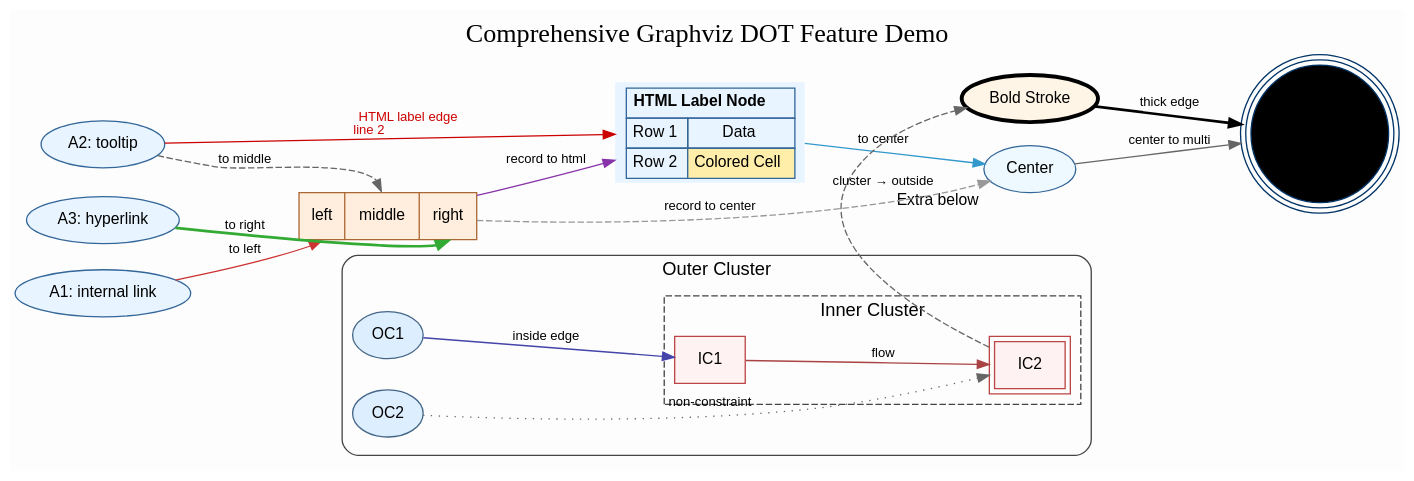
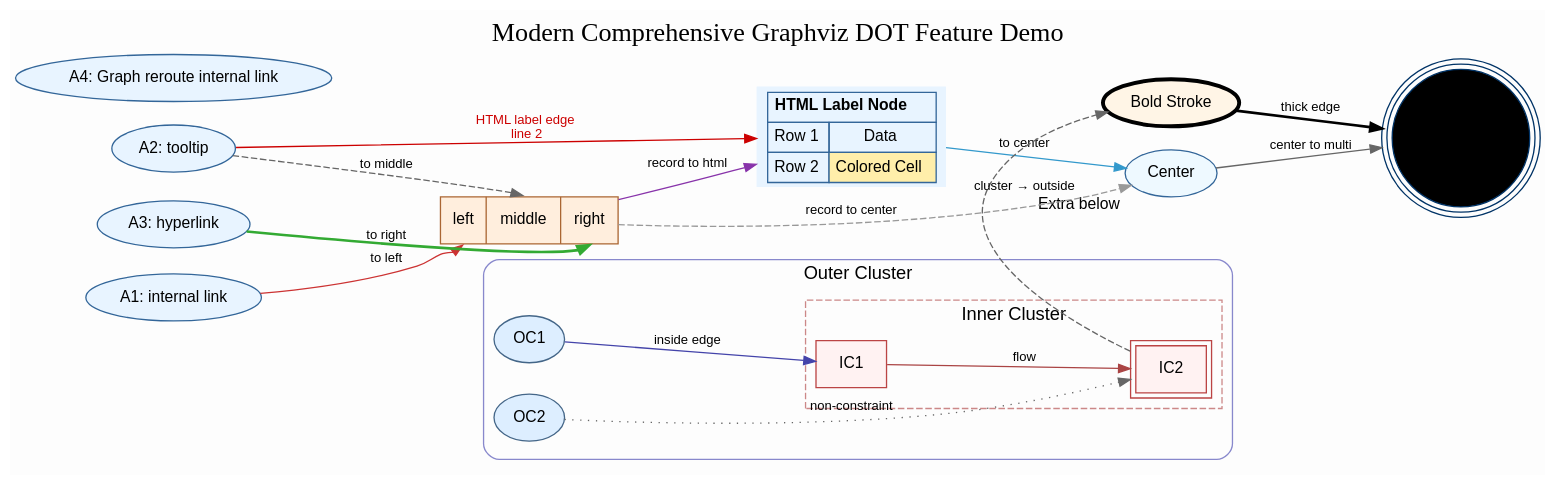
One commit to DougAnderson444/dot-repl changed the diagram in packages/web/public/dot/kitchen_sink.dot. Above: the diagram before and after it, drawn with Graphviz. The commit also changed 6 other files, not shown here.

```diff
--- a/packages/web/public/dot/kitchen_sink.dot
+++ b/packages/web/public/dot/kitchen_sink.dot
@@ -1,113 +1,202 @@
 digraph "KitchenSink" {
-    // ---------- Global graph attributes ----------
-    graph [
-        rankdir=LR,
-        bgcolor="#fdfdfd",
-        labelloc=top,
-        label="Comprehensive Graphviz DOT Feature Demo",
-        fontname="Times",
-        fontsize=20,
-        pencolor="#444444",
-        charset="UTF-8"
+  // ---------- Global graph attributes ----------
+  rankdir=LR;
+  bgcolor="#fdfdfd";
+  labelloc=top;
+  label="Modern Comprehensive Graphviz DOT Feature Demo";
+  fontname="Times";
+  fontsize=20;
+  color="#444444";
+  charset="UTF-8";
+  // Default node attributes
+  Node [
+    shape=ellipse;
+    fontname="Helvetica";
+    fontsize=12;
+    style=filled;
+    fillcolor="#e8f4ff";
+    color="#336699";
+  ];
+  // Default edge attributes
+  Edge [
+    color="#666666";
+    arrowsize=0.9;
+    fontname="Helvetica";
+    fontsize=10;
+  ];
+  // ---------- Rank constraints ----------
+  { rank=same; A1; A2; A3; }
+  // ---------- Simple nodes ----------
+  A1 [
+    label="A1: internal link";
+    URL="/blog/69";
+  ];
+  A2 [
+    label="A2: tooltip";
+    tooltip="I am a tooltip for A2";
+  ];
+  A3 [
+    label="A3: hyperlink";
+    URL="https://example.com/a3";
+    target="_blank";
+  ];
+  A4 [
+    label="A4: Graph reroute internal link";
+    URL="/managers_template.dot";
+  ];
+  // ---------- Record / ports node ----------
+  RecNode [
+    shape=record;
+    label="{<p0> left | <p1> middle | <p2> right}";
+    fillcolor="#ffeedd";
+    color="#aa6633";
+  ];
+  // Edges using ports
+  A1 -> RecNode:p0 [
+    label="to left";
+    color="#cc3333";
+  ];
+  A2 -> RecNode:p1 [
+    label="to middle";
+    style=dashed;
+  ];
+  A3 -> RecNode:p2 [
+    label="to right";
+    color="#33aa33";
+    penwidth=2;
+  ];
+  // ---------- HTML-like label ----------
+  HTMLNode [
+    shape=plaintext;
+    label=<
+      <table border="0" cellborder="1" cellspacing="0" cellpadding="4">
+        <tr>
+          <td colspan="2"><b>HTML Label Node</b></td>
+        </tr>
+        <tr>
+          <td>Row 1</td>
+          <td>Data</td>
+        </tr>
+        <tr>
+          <td>Row 2</td>
+          <td bgcolor="#ffeeaa">Colored Cell</td>
+        </tr>
+      </table>
+    >;
+    URL="https://example.com/htmlnode";
+    tooltip="Hover over the table";
+  ];
+  RecNode -> HTMLNode [
+    label="record to html";
+    color="#8833aa";
+  ];
+  // ---------- Cluster with nested subgraph ----------
+  subgraph cluster_Outer {
+    // Attributes listed directly in braces
+    label="Outer Cluster";
+    style=rounded;
+    color="#8888cc";
+    fontname="Helvetica";
+    fontsize=14;
+    fillcolor="#f5f5ff";
+    tooltip="Outer cluster area";
+    OC1 [
+      label="OC1";
+      fillcolor="#ddeeff";
+      color="#446688";
     ];
-
-    // Default node attributes
-    node [
-        shape=ellipse,
-        fontname="Helvetica",
-        fontsize=12,
-        style=filled,
-        fillcolor="#e8f4ff",
-        color="#336699"
+    OC2 [
+      label="OC2";
+      fillcolor="#ddeeff";
+      color="#446688";
+      URL="https://example.com/oc2";
     ];
-
-    // Default edge attributes
-    edge [
-        color="#666666",
-        arrowsize=0.9,
-        fontname="Helvetica",
-        fontsize=10
+    subgraph cluster_Inner {
+      // Attributes listed directly in braces
+      label="Inner Cluster";
+      style=dashed;
+      color="#cc8888";
+      fillcolor="#fffafa";
+      IC1 [
+        label="IC1";
+        shape=box;
+        fillcolor="#fff2f2";
+        color="#bb4444";
+      ];
+      IC2 [
+        label="IC2";
+        shape=box;
+        fillcolor="#fff2f2";
+        color="#bb4444";
+        peripheries=2;
+      ];
+    }
+    OC1 -> IC1 [
+      label="inside edge";
+      color="#4444aa";
     ];
-
-    // ---------- Rank constraints ----------
-    { rank = same; A1; A2; A3 }
-
-    // ---------- Simple nodes ----------
-    A1 [label="A1: internal link", URL="/blog/69"];
-    A2 [label="A2: tooltip", tooltip="I am a tooltip for A2"];
-    A3 [label="A3: hyperlink", URL="https://example.com/a3", target="_blank"];
-
-    // ---------- Record / ports node ----------
-    RecNode [shape=record, label="{<p0> left | <p1> middle | <p2> right}", fillcolor="#ffeedd", color="#aa6633"];
-
-    // Edges using ports
-    A1 -> RecNode:p0 [label="to left", color="#cc3333"];
-    A2 -> RecNode:p1 [label="to middle", style=dashed];
-    A3 -> RecNode:p2 [label="to right", color="#33aa33", penwidth=2];
-
-    // ---------- HTML-like label ----------
-    HTMLNode [
-        shape=plaintext,
-        label=<
-            <table border="0" cellborder="1" cellspacing="0" cellpadding="4">
-              <tr><td colspan="2"><b>HTML Label Node</b></td></tr>
-              <tr><td>Row 1</td><td>Data</td></tr>
-              <tr><td>Row 2</td><td bgcolor="#ffeeaa">Colored Cell</td></tr>
-            </table>
-        >,
-        URL="https://example.com/htmlnode",
-        tooltip="Hover over the table"
+    OC2 -> IC2 [
+      style=dotted;
+      constraint=false;
+      label="non-constraint";
     ];
-
-    RecNode -> HTMLNode [label="record to html", color="#8833aa"];
-
-    // ---------- Cluster with nested subgraph ----------
-    subgraph cluster_Outer {
-        graph [label="Outer Cluster", style=rounded, color="#8888cc", fontname="Helvetica", fontsize=14, fillcolor="#f5f5ff", tooltip="Outer cluster area"];
-
-        // Nodes inside outer cluster
-        OC1 [label="OC1", fillcolor="#ddeeff", color="#446688"];
-        OC2 [label="OC2", fillcolor="#ddeeff", color="#446688", URL="https://example.com/oc2"];
-
-        // Nested cluster
-        subgraph cluster_Inner {
-            graph [label="Inner Cluster", style=dashed, color="#cc8888", fillcolor="#fffafa"];
-            IC1 [label="IC1", shape=box, fillcolor="#fff2f2", color="#bb4444"];
-            IC2 [label="IC2", shape=box, fillcolor="#fff2f2", color="#bb4444", peripheries=2];
-        }
-
-        // Edges inside cluster
-        OC1 -> IC1 [label="inside edge", color="#4444aa"];
-        OC2 -> IC2 [style=dotted, constraint=false, label="non-constraint"];
-        IC1 -> IC2 [label="flow", color="#aa4444"];
-    }
-
-    // ---------- Invisible edge (layout shaping) ----------
-    A3 -> OC1 [style=invis]; // influences layout without drawing
-
-    // ---------- Stroke/fill variations ----------
-    StyleNode1 [label="Bold Stroke", color="#000", penwidth=3, fillcolor="#fff5e6"];
-    StyleNode2 [label="MultiPeriphery", peripheries=3, shape=circle, width=1.2, fillcolor="#eef", color="#003366"];
-
-    StyleNode1 -> StyleNode2 [label="thick edge", penwidth=2, color="#000000"];
-
-    // ---------- Edge with HTML-like label ----------
-    A2 -> HTMLNode [
-        label=<
-            <font color="#cc0000">HTML label edge<br/>line 2</font>
-        >,
-        color="#cc0000"
+    IC1 -> IC2 [
+      label="flow";
+      color="#aa4444";
     ];
-
-    // ---------- Constraint false example connecting clusters ----------
-    IC2 -> StyleNode1 [style=dashed, constraint=false, label="cluster → outside"];
-
-    // ---------- Node with text-anchor-like effect (Graphviz: use 'xlabel') ----------
-    CenterNode [label="Center", xlabel="Extra below", shape=oval, fillcolor="#eef9ff"];
-
-    HTMLNode -> CenterNode [label="to center", color="#3399cc"];
-
-    // ---------- Example of rank direction and additional edges ----------
-    CenterNode -> StyleNode2 [label="center to multi"];
-    RecNode -> CenterNode [color="#999999", style=dashed, label="record to center"];
+  }
+  // ---------- Invisible edge (layout shaping) ----------
+  A3 -> OC1 [
+    style=invis;
+  ];
+  // ---------- Stroke/fill variations ----------
+  StyleNode1 [
+    label="Bold Stroke";
+    color="#000";
+    penwidth=3;
+    fillcolor="#fff5e6";
+  ];
+  StyleNode2 [
+    label="MultiPeriphery";
+    peripheries=3;
+    shape=circle;
+    width=1.2;
+    fillcolor="#eef";
+    color="#003366";
+  ];
+  StyleNode1 -> StyleNode2 [
+    label="thick edge";
+    penwidth=2;
+    color="#000000";
+  ];
+  // ---------- Edge with HTML-like label ----------
+  A2 -> HTMLNode [
+    label=<<font color="#cc0000">HTML label edge<br />line 2</font>>;
+    color="#cc0000";
+  ];
+  // ---------- Constraint false example connecting clusters ----------
+  IC2 -> StyleNode1 [
+    style=dashed;
+    constraint=false;
+    label="cluster → outside";
+  ];
+  // ---------- Node with text-anchor-like effect ----------
+  CenterNode [
+    label="Center";
+    xlabel="Extra below";
+    shape=oval;
+    fillcolor="#eef9ff";
+  ];
+  HTMLNode -> CenterNode [
+    label="to center";
+    color="#3399cc";
+  ];
+  CenterNode -> StyleNode2 [
+    label="center to multi";
+  ];
+  RecNode -> CenterNode [
+    color="#999999";
+    style=dashed;
+    label="record to center";
+  ];
 }
```
